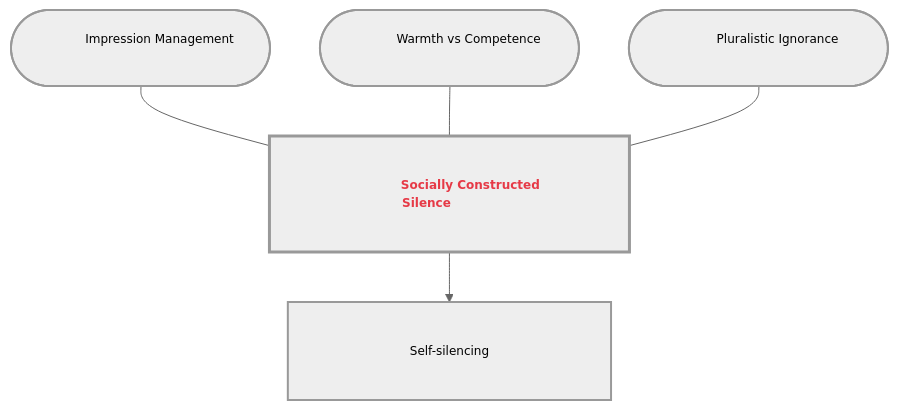
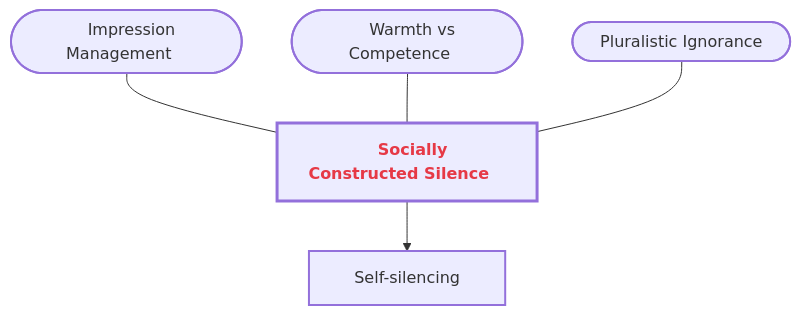
The third of 8 diagrams in Communication_Influence/Mastery_Guide_SOW_BS033.md (GM024/CourseSummaries), drawn with Mermaid before and after one commit. The commit also changed other lines of this file, not shown here.

Commit message:
GitHub Native Alignment: Synced font stack and typography for perfect clipping-free fit

````diff
--- a/Communication_Influence/Mastery_Guide_SOW_BS033.md
+++ b/Communication_Influence/Mastery_Guide_SOW_BS033.md
@@ -107,14 +111,14 @@
 ```mermaid
-%%{init: { 'flowchart': { 'padding': 40, 'useMaxWidth': false, 'htmlLabels': true }, 'theme': 'neutral', 'themeVariables': { 'fontSize': '12px' }}}%%
+%%{init: { 'flowchart': { 'padding': 20, 'useMaxWidth': false, 'htmlLabels': true }, 'theme': 'neutral', 'themeVariables': { 'fontSize': '14px', 'fontFamily': '-apple-system,BlinkMacSystemFont,"Segoe UI",Helvetica,Arial,sans-serif' }}}%%
 graph TD
     classDef sandbox stroke-width:2px;
     classDef hub stroke-width:3px,font-weight:bold;
 
-    Hub["&nbsp;&nbsp;&nbsp;&nbsp;&nbsp;&nbsp;&nbsp;&nbsp;&nbsp;&nbsp; <span style='color:#e63946'><b>Socially Constructed Silence</b></span> &nbsp;&nbsp;&nbsp;&nbsp;&nbsp;&nbsp;&nbsp;&nbsp;&nbsp;&nbsp;"]:::hub
+    Hub["&nbsp;&nbsp; <span style='color:#e63946'><b>Socially Constructed Silence</b></span> &nbsp;&nbsp;"]:::hub
     
-    S1(["&nbsp;&nbsp;&nbsp;&nbsp;&nbsp;&nbsp;&nbsp;&nbsp;&nbsp;&nbsp; Impression Management &nbsp;&nbsp;&nbsp;&nbsp;&nbsp;&nbsp;&nbsp;&nbsp;&nbsp;&nbsp;"]):::sandbox --- Hub
-    S2(["&nbsp;&nbsp;&nbsp;&nbsp;&nbsp;&nbsp;&nbsp;&nbsp;&nbsp;&nbsp; Warmth vs Competence &nbsp;&nbsp;&nbsp;&nbsp;&nbsp;&nbsp;&nbsp;&nbsp;&nbsp;&nbsp;"]):::sandbox --- Hub
-    S3(["&nbsp;&nbsp;&nbsp;&nbsp;&nbsp;&nbsp;&nbsp;&nbsp;&nbsp;&nbsp; Pluralistic Ignorance &nbsp;&nbsp;&nbsp;&nbsp;&nbsp;&nbsp;&nbsp;&nbsp;&nbsp;&nbsp;"]):::sandbox --- Hub
+    S1(["&nbsp;&nbsp; Impression Management &nbsp;&nbsp;"]):::sandbox --- Hub
+    S2(["&nbsp;&nbsp; Warmth vs Competence &nbsp;&nbsp;"]):::sandbox --- Hub
+    S3(["&nbsp;&nbsp; Pluralistic Ignorance &nbsp;&nbsp;"]):::sandbox --- Hub
     
-    Hub --> B1["&nbsp;&nbsp;&nbsp;&nbsp;&nbsp;&nbsp;&nbsp;&nbsp;&nbsp;&nbsp; Self-silencing &nbsp;&nbsp;&nbsp;&nbsp;&nbsp;&nbsp;&nbsp;&nbsp;&nbsp;&nbsp;"]:::sandbox
+    Hub --> B1["&nbsp;&nbsp; Self-silencing &nbsp;&nbsp;"]:::sandbox
 ```
````
